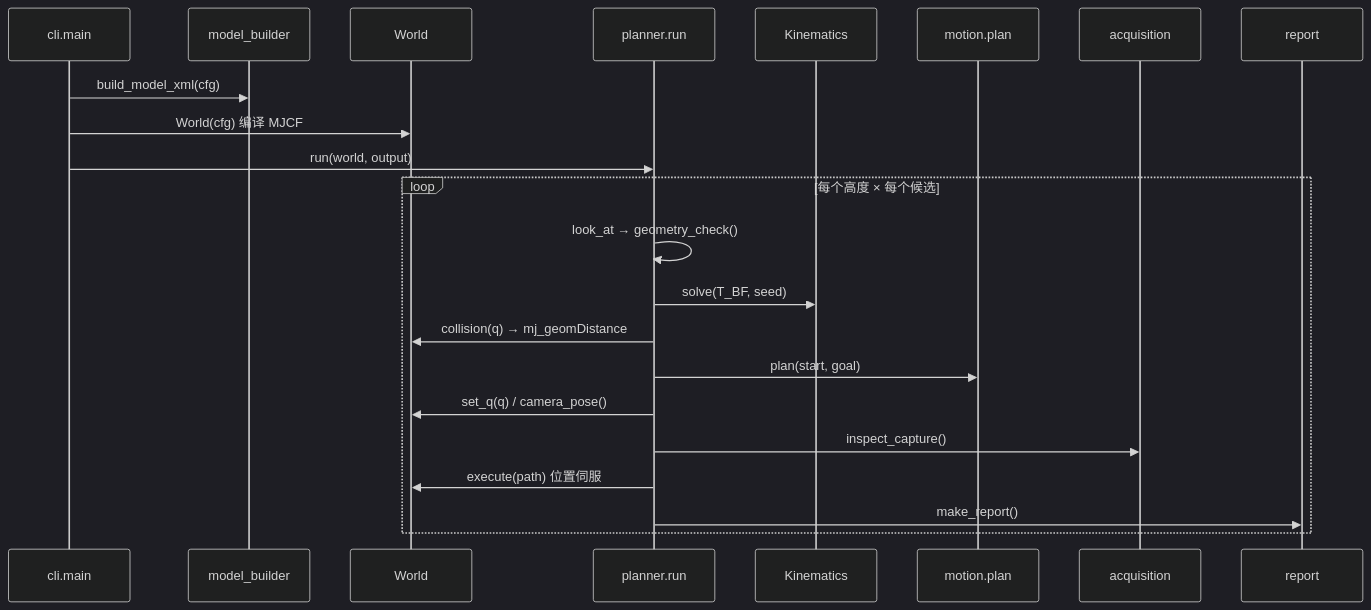
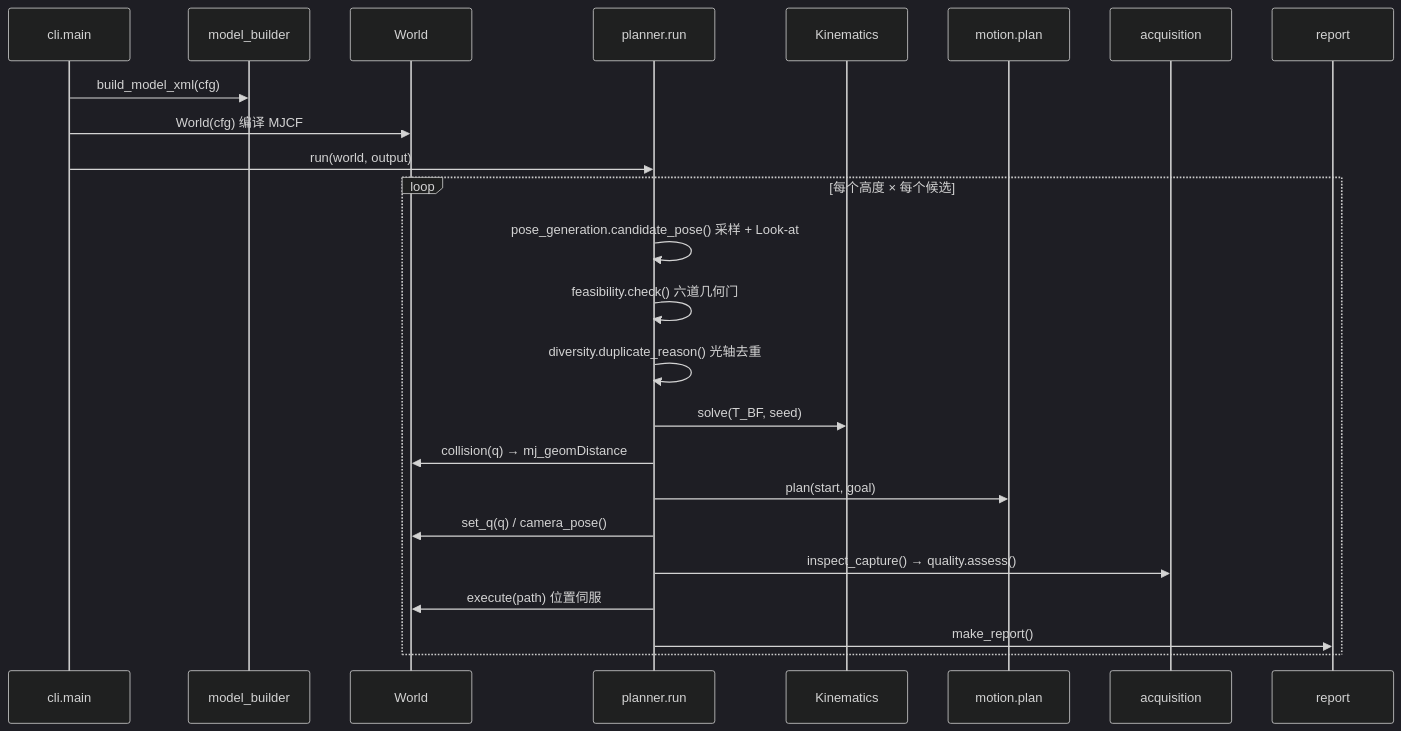
The second of 2 diagrams in docs/simulation_architecture.md (weimin77/viewpoint_sim), drawn with Mermaid (dark theme) before and after one commit. The commit also changed other lines of this file and 3 other files, not shown here.

First line of the commit message:
Split the capture quality assessment out of acquisition

````diff
--- a/docs/simulation_architecture.md
+++ b/docs/simulation_architecture.md
@@ -83,25 +103,27 @@
 ```mermaid
 sequenceDiagram
     participant CLI as cli.main
     participant MB as model_builder
     participant W as World
     participant P as planner.run
     participant K as Kinematics
     participant M as motion.plan
     participant A as acquisition
     participant R as report
 
     CLI->>MB: build_model_xml(cfg)
     CLI->>W: World(cfg) 编译 MJCF
     CLI->>P: run(world, output)
     loop 每个高度 × 每个候选
-        P->>P: look_at → geometry_check()
+        P->>P: pose_generation.candidate_pose()  采样 + Look-at
+        P->>P: feasibility.check()               六道几何门
+        P->>P: diversity.duplicate_reason()      光轴去重
         P->>K: solve(T_BF, seed)
         P->>W: collision(q) → mj_geomDistance
         P->>M: plan(start, goal)
         P->>W: set_q(q) / camera_pose()
-        P->>A: inspect_capture()
+        P->>A: inspect_capture() → quality.assess()
         P->>W: execute(path) 位置伺服
         P->>R: make_report()
     end
 ```
````
